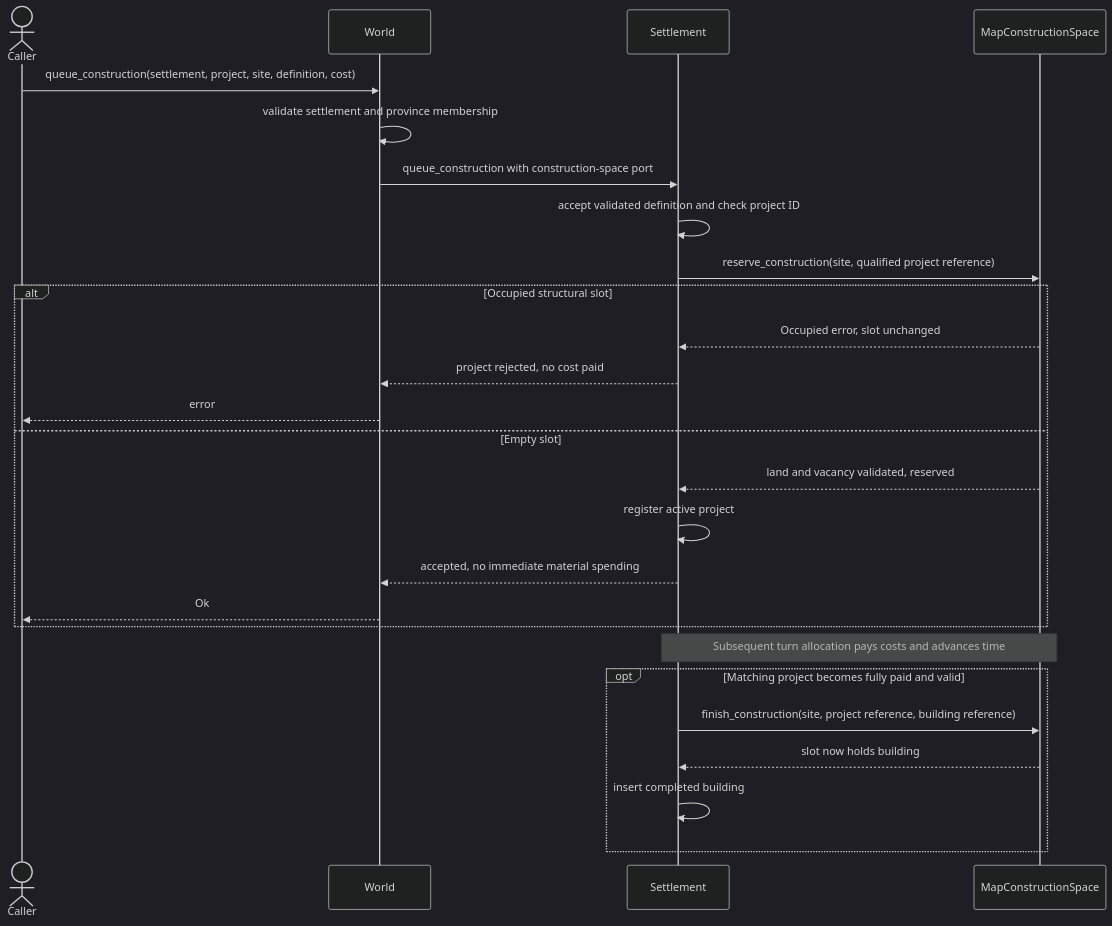
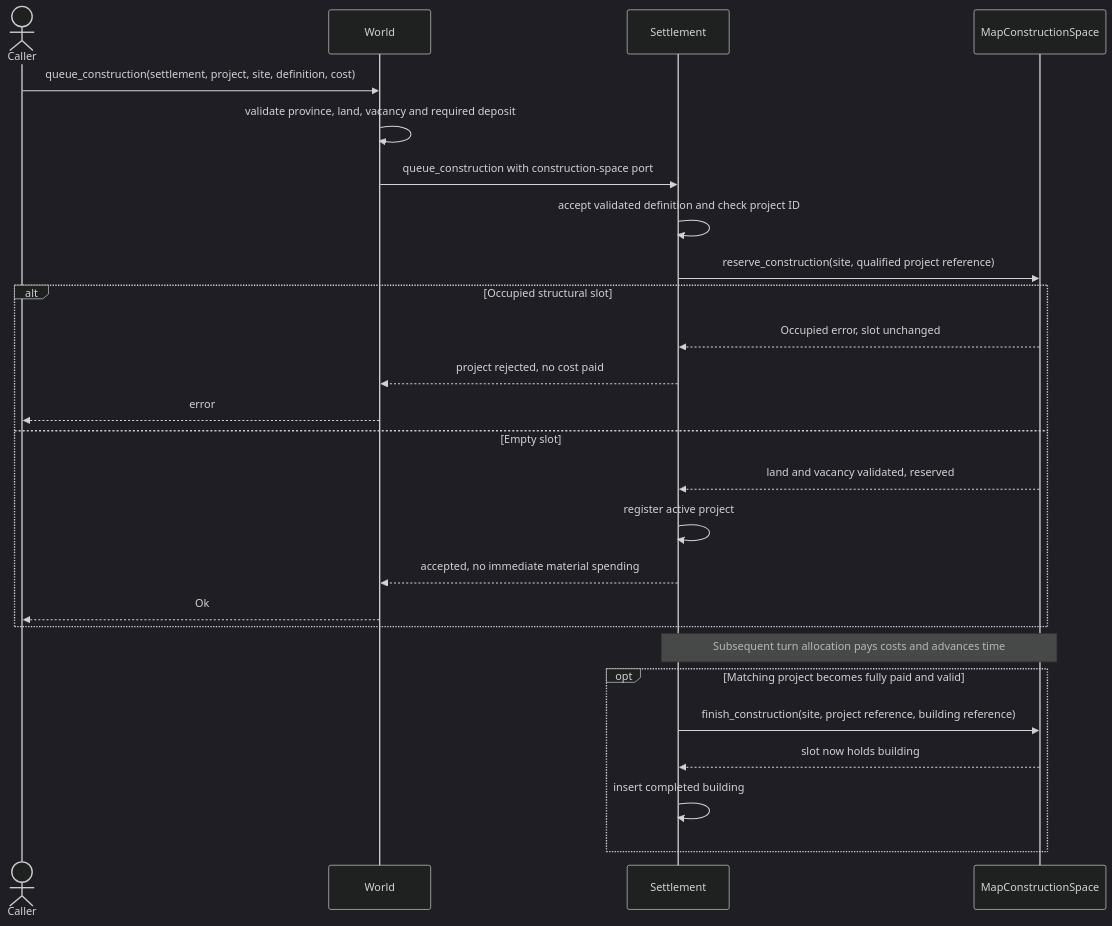
One commit to KMaksymilian/marl-grand-strategy-game changed the second of 3 diagrams in docs/architecture/systems/territory.md. Above: the diagram before and after it, drawn with Mermaid (dark theme). The commit also changed other lines of this file and 18 other files, not shown here.

````diff
--- a/docs/architecture/systems/territory.md
+++ b/docs/architecture/systems/territory.md
@@ -71,28 +85,28 @@
 ```mermaid
 sequenceDiagram
     actor Caller
     participant W as World
     participant S as Settlement
     participant T as MapConstructionSpace
     Caller->>W: queue_construction(settlement, project, site, definition, cost)
-    W->>W: validate settlement and province membership
+    W->>W: validate province, land, vacancy and required deposit
     W->>S: queue_construction with construction-space port
     S->>S: accept validated definition and check project ID
     S->>T: reserve_construction(site, qualified project reference)
     alt Occupied structural slot
         T-->>S: Occupied error, slot unchanged
         S-->>W: project rejected, no cost paid
         W-->>Caller: error
     else Empty slot
         T-->>S: land and vacancy validated, reserved
         S->>S: register active project
         S-->>W: accepted, no immediate material spending
         W-->>Caller: Ok
     end
     Note over S,T: Subsequent turn allocation pays costs and advances time
     opt Matching project becomes fully paid and valid
         S->>T: finish_construction(site, project reference, building reference)
         T-->>S: slot now holds building
         S->>S: insert completed building
     end
 ```
````
